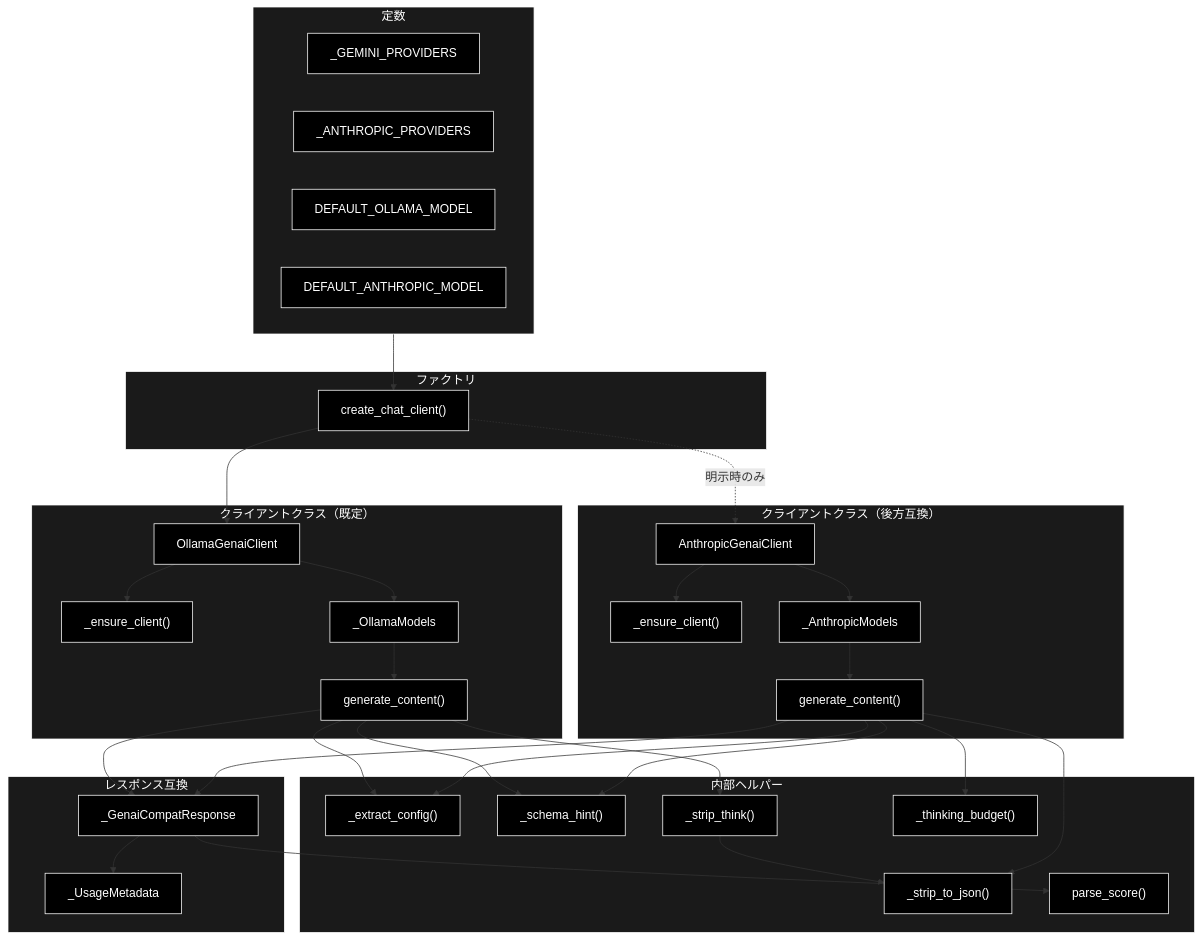
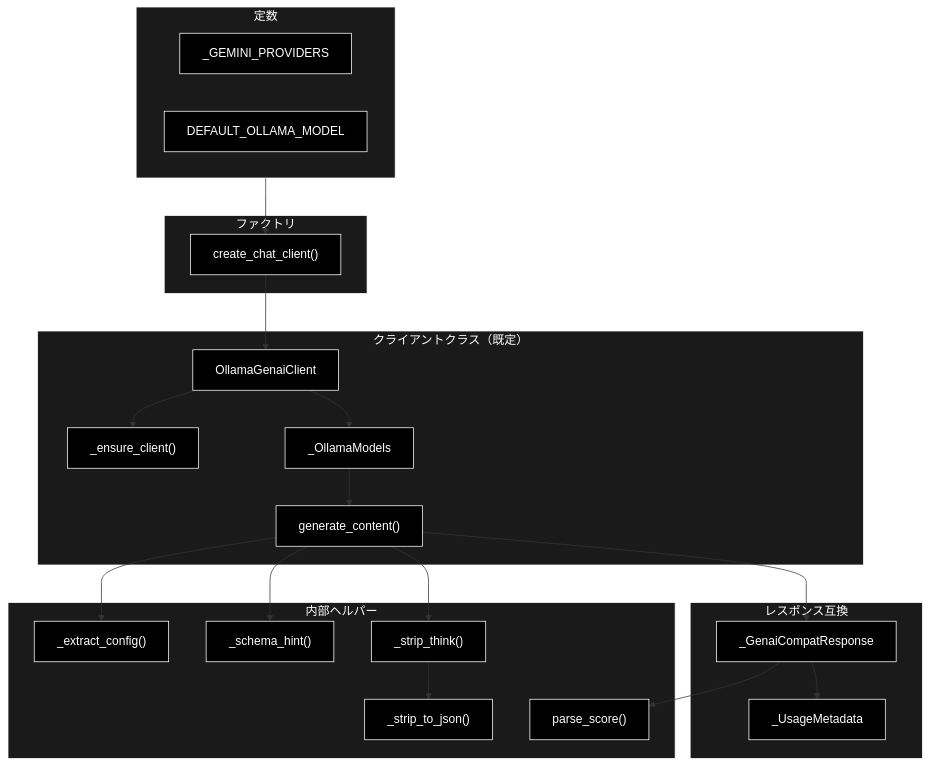
One commit to nakashima2toshio/grace_v2_local changed the second of 3 diagrams in grace/docs/llm_compat.md. Above: the diagram before and after it, drawn with Mermaid. The commit also changed other lines of this file and 26 other files, not shown here.

````diff
--- a/grace/docs/llm_compat.md
+++ b/grace/docs/llm_compat.md
@@ -165,72 +152,52 @@
 ```mermaid
 flowchart TB
     subgraph CONST["定数"]
         GEMP["_GEMINI_PROVIDERS"]
-        ANTP["_ANTHROPIC_PROVIDERS"]
         DEFO["DEFAULT_OLLAMA_MODEL"]
-        DEFM["DEFAULT_ANTHROPIC_MODEL"]
     end
 
     subgraph FACTORY["ファクトリ"]
         CCC["create_chat_client()"]
     end
 
     subgraph OLLAMACLS["クライアントクラス（既定）"]
         OCLIENT["OllamaGenaiClient"]
         OENSURE["_ensure_client()"]
         OMODELS["_OllamaModels"]
         OGEN["generate_content()"]
     end
 
-    subgraph ANTCLS["クライアントクラス（後方互換）"]
-        ACLIENT["AnthropicGenaiClient"]
-        ENSURE["_ensure_client()"]
-        AMODELS["_AnthropicModels"]
-        GEN["generate_content()"]
-    end
-
     subgraph HELPER["内部ヘルパー"]
         EXC["_extract_config()"]
         SH["_schema_hint()"]
         STJ["_strip_to_json()"]
         STK["_strip_think()"]
-        TB["_thinking_budget()"]
         PS["parse_score()"]
     end
 
     subgraph RESPONSE["レスポンス互換"]
         RESP["_GenaiCompatResponse"]
         USAGE["_UsageMetadata"]
     end
 
     CONST --> CCC
     CCC --> OCLIENT
-    CCC -.->|"明示時のみ"| ACLIENT
     OCLIENT --> OENSURE
     OCLIENT --> OMODELS
     OMODELS --> OGEN
     OGEN --> EXC
     OGEN --> SH
     OGEN --> STK
     STK --> STJ
     OGEN --> RESP
-    ACLIENT --> ENSURE
-    ACLIENT --> AMODELS
-    AMODELS --> GEN
-    GEN --> EXC
-    GEN --> SH
-    GEN --> TB
-    GEN --> STJ
-    GEN --> RESP
     RESP --> USAGE
     RESP --> PS
 classDef default fill:#000,stroke:#fff,color:#fff
 classDef subgraphStyle fill:#1a1a1a,stroke:#fff,color:#fff
-class GEMP,ANTP,DEFO,DEFM,CCC,OCLIENT,OENSURE,OMODELS,OGEN,ACLIENT,ENSURE,AMODELS,GEN,EXC,SH,STJ,STK,TB,PS,RESP,USAGE default
+class GEMP,DEFO,CCC,OCLIENT,OENSURE,OMODELS,OGEN,EXC,SH,STJ,STK,PS,RESP,USAGE default
 style CONST fill:#1a1a1a,stroke:#fff,color:#fff
 style FACTORY fill:#1a1a1a,stroke:#fff,color:#fff
 style OLLAMACLS fill:#1a1a1a,stroke:#fff,color:#fff
-style ANTCLS fill:#1a1a1a,stroke:#fff,color:#fff
 style HELPER fill:#1a1a1a,stroke:#fff,color:#fff
 style RESPONSE fill:#1a1a1a,stroke:#fff,color:#fff
 ```
````
